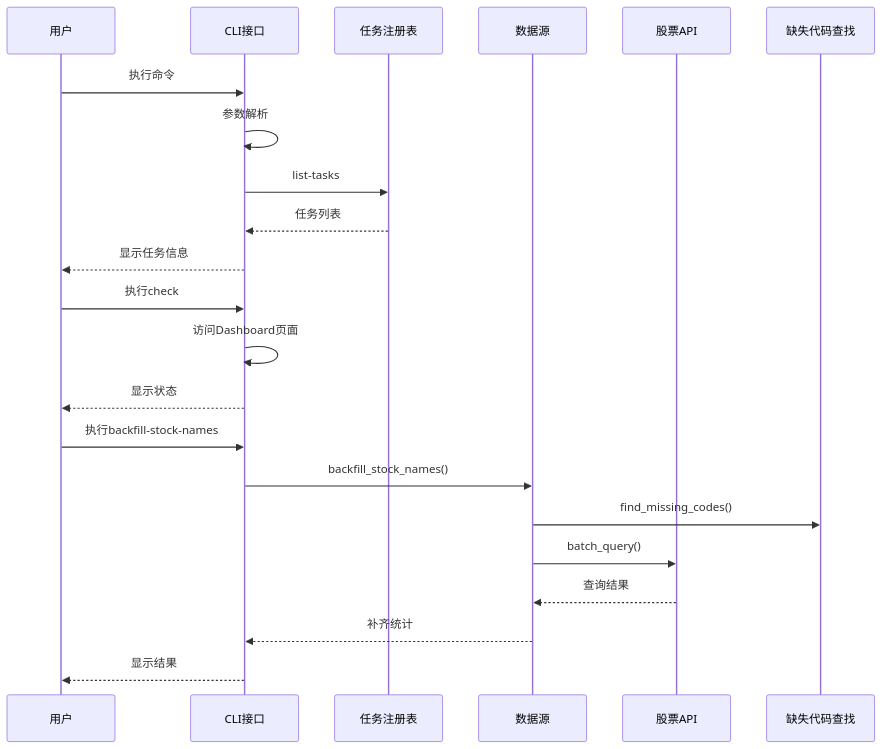
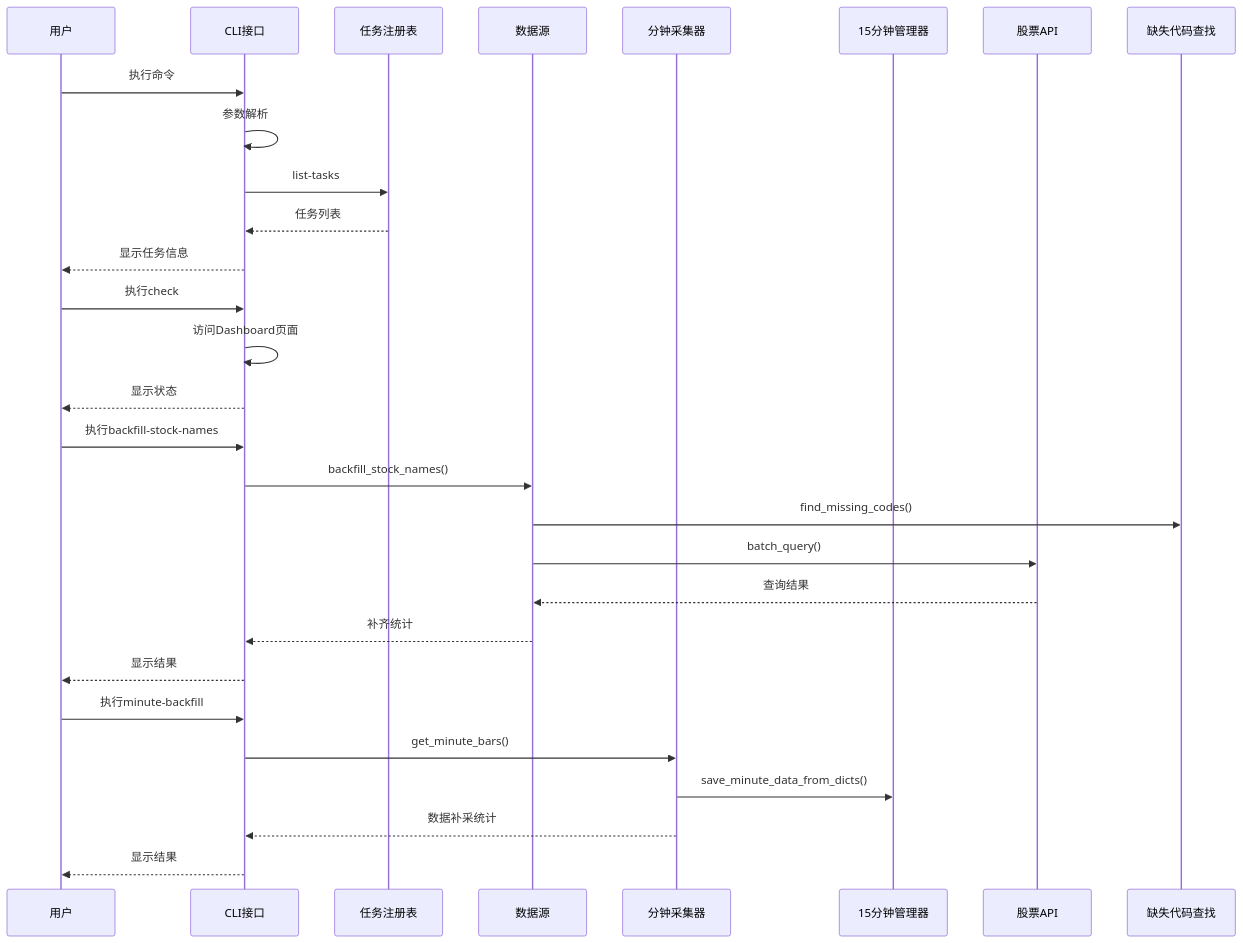
One commit to ldeng76/quant-ETF changed the third of 8 diagrams in .qoder/repowiki/zh/content/CLI命令参考/实用工具命令.md. Above: the diagram before and after it, drawn with Mermaid. The commit also changed other lines of this file and 18 other files, not shown here.

````diff
--- a/.qoder/repowiki/zh/content/CLI命令参考/实用工具命令.md
+++ b/.qoder/repowiki/zh/content/CLI命令参考/实用工具命令.md
@@ -141,24 +165,31 @@
 ```mermaid
 sequenceDiagram
 participant User as 用户
 participant CLI as CLI接口
 participant TaskReg as 任务注册表
 participant DS as 数据源
+participant MC as 分钟采集器
+participant MM as 15分钟管理器
 participant API as 股票API
 participant Finder as 缺失代码查找
 User->>CLI : 执行命令
 CLI->>CLI : 参数解析
 CLI->>TaskReg : list-tasks
 TaskReg-->>CLI : 任务列表
 CLI-->>User : 显示任务信息
 User->>CLI : 执行check
 CLI->>CLI : 访问Dashboard页面
 CLI-->>User : 显示状态
 User->>CLI : 执行backfill-stock-names
 CLI->>DS : backfill_stock_names()
 DS->>Finder : find_missing_codes()
 DS->>API : batch_query()
 API-->>DS : 查询结果
 DS-->>CLI : 补齐统计
 CLI-->>User : 显示结果
+User->>CLI : 执行minute-backfill
+CLI->>MC : get_minute_bars()
+MC->>MM : save_minute_data_from_dicts()
+MC-->>CLI : 数据补采统计
+CLI-->>User : 显示结果
 ```
````
